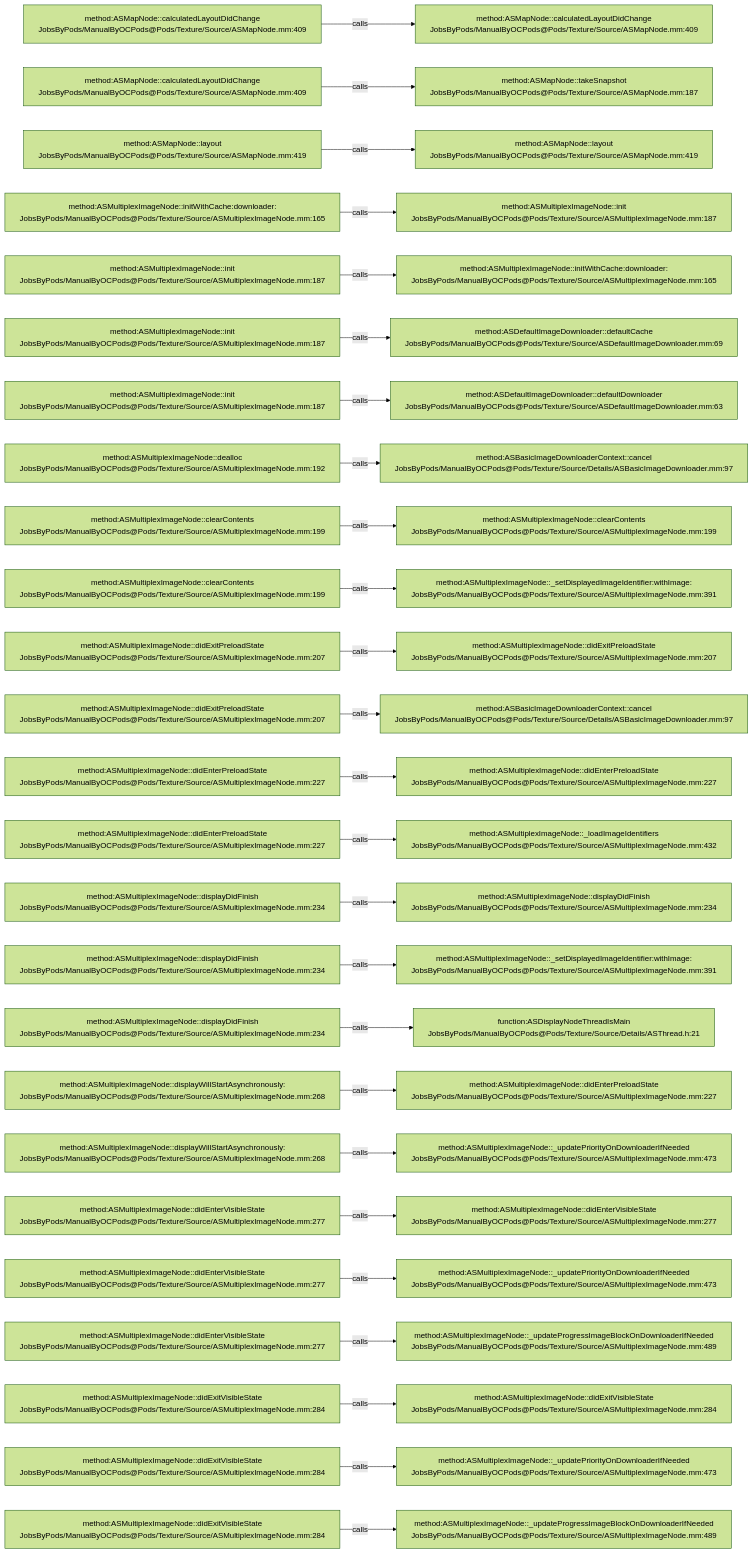
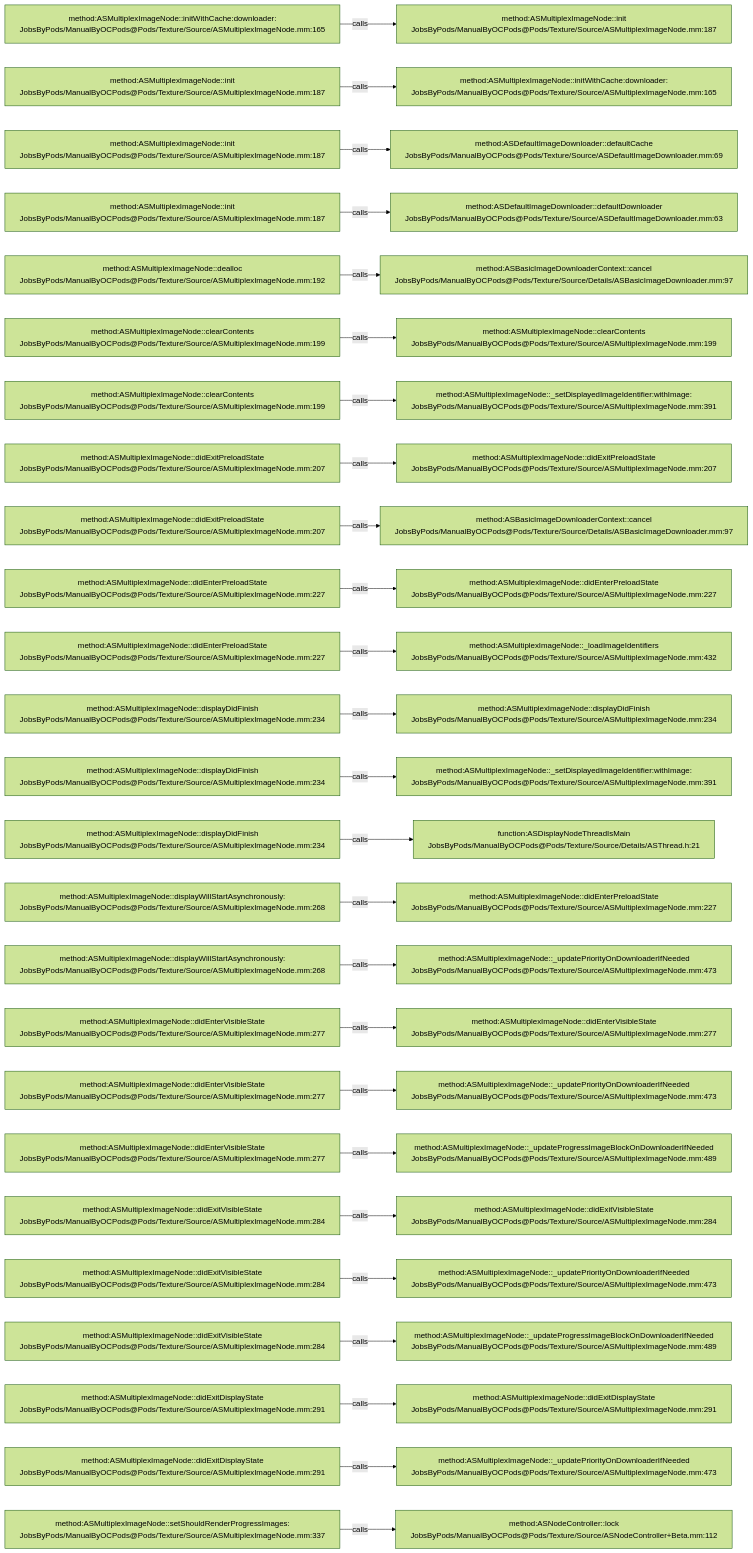
The diagram in .codegraph/codegraph.md/graphs/calls-116.md (JobsKits/JobsOCBaseConfigDemo), drawn with Mermaid (forest theme) before and after one commit. The commit also changed 342 other files, not shown here.

````diff
--- a/.codegraph/codegraph.md/graphs/calls-116.md
+++ b/.codegraph/codegraph.md/graphs/calls-116.md
@@ -13,78 +13,78 @@
 ```mermaid
 flowchart LR
-  S1["method:ASMapNode::calculatedLayoutDidChange<br/>JobsByPods/ManualByOCPods@Pods/Texture/Source/ASMapNode.mm:409"]
-  T1["method:ASMapNode::calculatedLayoutDidChange<br/>JobsByPods/ManualByOCPods@Pods/Texture/Source/ASMapNode.mm:409"]
+  S1["method:ASMultiplexImageNode::initWithCache:downloader:<br/>JobsByPods/ManualByOCPods@Pods/Texture/Source/ASMultiplexImageNode.mm:165"]
+  T1["method:ASMultiplexImageNode::init<br/>JobsByPods/ManualByOCPods@Pods/Texture/Source/ASMultiplexImageNode.mm:187"]
   S1 -->|calls| T1
-  S2["method:ASMapNode::calculatedLayoutDidChange<br/>JobsByPods/ManualByOCPods@Pods/Texture/Source/ASMapNode.mm:409"]
-  T2["method:ASMapNode::takeSnapshot<br/>JobsByPods/ManualByOCPods@Pods/Texture/Source/ASMapNode.mm:187"]
+  S2["method:ASMultiplexImageNode::init<br/>JobsByPods/ManualByOCPods@Pods/Texture/Source/ASMultiplexImageNode.mm:187"]
+  T2["method:ASMultiplexImageNode::initWithCache:downloader:<br/>JobsByPods/ManualByOCPods@Pods/Texture/Source/ASMultiplexImageNode.mm:165"]
   S2 -->|calls| T2
-  S3["method:ASMapNode::layout<br/>JobsByPods/ManualByOCPods@Pods/Texture/Source/ASMapNode.mm:419"]
-  T3["method:ASMapNode::layout<br/>JobsByPods/ManualByOCPods@Pods/Texture/Source/ASMapNode.mm:419"]
+  S3["method:ASMultiplexImageNode::init<br/>JobsByPods/ManualByOCPods@Pods/Texture/Source/ASMultiplexImageNode.mm:187"]
+  T3["method:ASDefaultImageDownloader::defaultCache<br/>JobsByPods/ManualByOCPods@Pods/Texture/Source/ASDefaultImageDownloader.mm:69"]
   S3 -->|calls| T3
-  S4["method:ASMultiplexImageNode::initWithCache:downloader:<br/>JobsByPods/ManualByOCPods@Pods/Texture/Source/ASMultiplexImageNode.mm:165"]
-  T4["method:ASMultiplexImageNode::init<br/>JobsByPods/ManualByOCPods@Pods/Texture/Source/ASMultiplexImageNode.mm:187"]
+  S4["method:ASMultiplexImageNode::init<br/>JobsByPods/ManualByOCPods@Pods/Texture/Source/ASMultiplexImageNode.mm:187"]
+  T4["method:ASDefaultImageDownloader::defaultDownloader<br/>JobsByPods/ManualByOCPods@Pods/Texture/Source/ASDefaultImageDownloader.mm:63"]
   S4 -->|calls| T4
-  S5["method:ASMultiplexImageNode::init<br/>JobsByPods/ManualByOCPods@Pods/Texture/Source/ASMultiplexImageNode.mm:187"]
-  T5["method:ASMultiplexImageNode::initWithCache:downloader:<br/>JobsByPods/ManualByOCPods@Pods/Texture/Source/ASMultiplexImageNode.mm:165"]
+  S5["method:ASMultiplexImageNode::dealloc<br/>JobsByPods/ManualByOCPods@Pods/Texture/Source/ASMultiplexImageNode.mm:192"]
+  T5["method:ASBasicImageDownloaderContext::cancel<br/>JobsByPods/ManualByOCPods@Pods/Texture/Source/Details/ASBasicImageDownloader.mm:97"]
   S5 -->|calls| T5
-  S6["method:ASMultiplexImageNode::init<br/>JobsByPods/ManualByOCPods@Pods/Texture/Source/ASMultiplexImageNode.mm:187"]
-  T6["method:ASDefaultImageDownloader::defaultCache<br/>JobsByPods/ManualByOCPods@Pods/Texture/Source/ASDefaultImageDownloader.mm:69"]
+  S6["method:ASMultiplexImageNode::clearContents<br/>JobsByPods/ManualByOCPods@Pods/Texture/Source/ASMultiplexImageNode.mm:199"]
+  T6["method:ASMultiplexImageNode::clearContents<br/>JobsByPods/ManualByOCPods@Pods/Texture/Source/ASMultiplexImageNode.mm:199"]
   S6 -->|calls| T6
-  S7["method:ASMultiplexImageNode::init<br/>JobsByPods/ManualByOCPods@Pods/Texture/Source/ASMultiplexImageNode.mm:187"]
-  T7["method:ASDefaultImageDownloader::defaultDownloader<br/>JobsByPods/ManualByOCPods@Pods/Texture/Source/ASDefaultImageDownloader.mm:63"]
+  S7["method:ASMultiplexImageNode::clearContents<br/>JobsByPods/ManualByOCPods@Pods/Texture/Source/ASMultiplexImageNode.mm:199"]
+  T7["method:ASMultiplexImageNode::_setDisplayedImageIdentifier:withImage:<br/>JobsByPods/ManualByOCPods@Pods/Texture/Source/ASMultiplexImageNode.mm:391"]
   S7 -->|calls| T7
-  S8["method:ASMultiplexImageNode::dealloc<br/>JobsByPods/ManualByOCPods@Pods/Texture/Source/ASMultiplexImageNode.mm:192"]
-  T8["method:ASBasicImageDownloaderContext::cancel<br/>JobsByPods/ManualByOCPods@Pods/Texture/Source/Details/ASBasicImageDownloader.mm:97"]
+  S8["method:ASMultiplexImageNode::didExitPreloadState<br/>JobsByPods/ManualByOCPods@Pods/Texture/Source/ASMultiplexImageNode.mm:207"]
+  T8["method:ASMultiplexImageNode::didExitPreloadState<br/>JobsByPods/ManualByOCPods@Pods/Texture/Source/ASMultiplexImageNode.mm:207"]
   S8 -->|calls| T8
-  S9["method:ASMultiplexImageNode::clearContents<br/>JobsByPods/ManualByOCPods@Pods/Texture/Source/ASMultiplexImageNode.mm:199"]
-  T9["method:ASMultiplexImageNode::clearContents<br/>JobsByPods/ManualByOCPods@Pods/Texture/Source/ASMultiplexImageNode.mm:199"]
+  S9["method:ASMultiplexImageNode::didExitPreloadState<br/>JobsByPods/ManualByOCPods@Pods/Texture/Source/ASMultiplexImageNode.mm:207"]
+  T9["method:ASBasicImageDownloaderContext::cancel<br/>JobsByPods/ManualByOCPods@Pods/Texture/Source/Details/ASBasicImageDownloader.mm:97"]
   S9 -->|calls| T9
-  S10["method:ASMultiplexImageNode::clearContents<br/>JobsByPods/ManualByOCPods@Pods/Texture/Source/ASMultiplexImageNode.mm:199"]
-  T10["method:ASMultiplexImageNode::_setDisplayedImageIdentifier:withImage:<br/>JobsByPods/ManualByOCPods@Pods/Texture/Source/ASMultiplexImageNode.mm:391"]
+  S10["method:ASMultiplexImageNode::didEnterPreloadState<br/>JobsByPods/ManualByOCPods@Pods/Texture/Source/ASMultiplexImageNode.mm:227"]
+  T10["method:ASMultiplexImageNode::didEnterPreloadState<br/>JobsByPods/ManualByOCPods@Pods/Texture/Source/ASMultiplexImageNode.mm:227"]
   S10 -->|calls| T10
-  S11["method:ASMultiplexImageNode::didExitPreloadState<br/>JobsByPods/ManualByOCPods@Pods/Texture/Source/ASMultiplexImageNode.mm:207"]
-  T11["method:ASMultiplexImageNode::didExitPreloadState<br/>JobsByPods/ManualByOCPods@Pods/Texture/Source/ASMultiplexImageNode.mm:207"]
+  S11["method:ASMultiplexImageNode::didEnterPreloadState<br/>JobsByPods/ManualByOCPods@Pods/Texture/Source/ASMultiplexImageNode.mm:227"]
+  T11["method:ASMultiplexImageNode::_loadImageIdentifiers<br/>JobsByPods/ManualByOCPods@Pods/Texture/Source/ASMultiplexImageNode.mm:432"]
   S11 -->|calls| T11
-  S12["method:ASMultiplexImageNode::didExitPreloadState<br/>JobsByPods/ManualByOCPods@Pods/Texture/Source/ASMultiplexImageNode.mm:207"]
-  T12["method:ASBasicImageDownloaderContext::cancel<br/>JobsByPods/ManualByOCPods@Pods/Texture/Source/Details/ASBasicImageDownloader.mm:97"]
+  S12["method:ASMultiplexImageNode::displayDidFinish<br/>JobsByPods/ManualByOCPods@Pods/Texture/Source/ASMultiplexImageNode.mm:234"]
+  T12["method:ASMultiplexImageNode::displayDidFinish<br/>JobsByPods/ManualByOCPods@Pods/Texture/Source/ASMultiplexImageNode.mm:234"]
   S12 -->|calls| T12
-  S13["method:ASMultiplexImageNode::didEnterPreloadState<br/>JobsByPods/ManualByOCPods@Pods/Texture/Source/ASMultiplexImageNode.mm:227"]
-  T13["method:ASMultiplexImageNode::didEnterPreloadState<br/>JobsByPods/ManualByOCPods@Pods/Texture/Source/ASMultiplexImageNode.mm:227"]
+  S13["method:ASMultiplexImageNode::displayDidFinish<br/>JobsByPods/ManualByOCPods@Pods/Texture/Source/ASMultiplexImageNode.mm:234"]
+  T13["method:ASMultiplexImageNode::_setDisplayedImageIdentifier:withImage:<br/>JobsByPods/ManualByOCPods@Pods/Texture/Source/ASMultiplexImageNode.mm:391"]
   S13 -->|calls| T13
-  S14["method:ASMultiplexImageNode::didEnterPreloadState<br/>JobsByPods/ManualByOCPods@Pods/Texture/Source/ASMultiplexImageNode.mm:227"]
-  T14["method:ASMultiplexImageNode::_loadImageIdentifiers<br/>JobsByPods/ManualByOCPods@Pods/Texture/Source/ASMultiplexImageNode.mm:432"]
+  S14["method:ASMultiplexImageNode::displayDidFinish<br/>JobsByPods/ManualByOCPods@Pods/Texture/Source/ASMultiplexImageNode.mm:234"]
+  T14["function:ASDisplayNodeThreadIsMain<br/>JobsByPods/ManualByOCPods@Pods/Texture/Source/Details/ASThread.h:21"]
   S14 -->|calls| T14
-  S15["method:ASMultiplexImageNode::displayDidFinish<br/>JobsByPods/ManualByOCPods@Pods/Texture/Source/ASMultiplexImageNode.mm:234"]
-  T15["method:ASMultiplexImageNode::displayDidFinish<br/>JobsByPods/ManualByOCPods@Pods/Texture/Source/ASMultiplexImageNode.mm:234"]
+  S15["method:ASMultiplexImageNode::displayWillStartAsynchronously:<br/>JobsByPods/ManualByOCPods@Pods/Texture/Source/ASMultiplexImageNode.mm:268"]
+  T15["method:ASMultiplexImageNode::didEnterPreloadState<br/>JobsByPods/ManualByOCPods@Pods/Texture/Source/ASMultiplexImageNode.mm:227"]
   S15 -->|calls| T15
-  S16["method:ASMultiplexImageNode::displayDidFinish<br/>JobsByPods/ManualByOCPods@Pods/Texture/Source/ASMultiplexImageNode.mm:234"]
-  T16["method:ASMultiplexImageNode::_setDisplayedImageIdentifier:withImage:<br/>JobsByPods/ManualByOCPods@Pods/Texture/Source/ASMultiplexImageNode.mm:391"]
+  S16["method:ASMultiplexImageNode::displayWillStartAsynchronously:<br/>JobsByPods/ManualByOCPods@Pods/Texture/Source/ASMultiplexImageNode.mm:268"]
+  T16["method:ASMultiplexImageNode::_updatePriorityOnDownloaderIfNeeded<br/>JobsByPods/ManualByOCPods@Pods/Texture/Source/ASMultiplexImageNode.mm:473"]
   S16 -->|calls| T16
-  S17["method:ASMultiplexImageNode::displayDidFinish<br/>JobsByPods/ManualByOCPods@Pods/Texture/Source/ASMultiplexImageNode.mm:234"]
-  T17["function:ASDisplayNodeThreadIsMain<br/>JobsByPods/ManualByOCPods@Pods/Texture/Source/Details/ASThread.h:21"]
+  S17["method:ASMultiplexImageNode::didEnterVisibleState<br/>JobsByPods/ManualByOCPods@Pods/Texture/Source/ASMultiplexImageNode.mm:277"]
+  T17["method:ASMultiplexImageNode::didEnterVisibleState<br/>JobsByPods/ManualByOCPods@Pods/Texture/Source/ASMultiplexImageNode.mm:277"]
   S17 -->|calls| T17
-  S18["method:ASMultiplexImageNode::displayWillStartAsynchronously:<br/>JobsByPods/ManualByOCPods@Pods/Texture/Source/ASMultiplexImageNode.mm:268"]
-  T18["method:ASMultiplexImageNode::didEnterPreloadState<br/>JobsByPods/ManualByOCPods@Pods/Texture/Source/ASMultiplexImageNode.mm:227"]
+  S18["method:ASMultiplexImageNode::didEnterVisibleState<br/>JobsByPods/ManualByOCPods@Pods/Texture/Source/ASMultiplexImageNode.mm:277"]
+  T18["method:ASMultiplexImageNode::_updatePriorityOnDownloaderIfNeeded<br/>JobsByPods/ManualByOCPods@Pods/Texture/Source/ASMultiplexImageNode.mm:473"]
   S18 -->|calls| T18
-  S19["method:ASMultiplexImageNode::displayWillStartAsynchronously:<br/>JobsByPods/ManualByOCPods@Pods/Texture/Source/ASMultiplexImageNode.mm:268"]
-  T19["method:ASMultiplexImageNode::_updatePriorityOnDownloaderIfNeeded<br/>JobsByPods/ManualByOCPods@Pods/Texture/Source/ASMultiplexImageNode.mm:473"]
+  S19["method:ASMultiplexImageNode::didEnterVisibleState<br/>JobsByPods/ManualByOCPods@Pods/Texture/Source/ASMultiplexImageNode.mm:277"]
+  T19["method:ASMultiplexImageNode::_updateProgressImageBlockOnDownloaderIfNeeded<br/>JobsByPods/ManualByOCPods@Pods/Texture/Source/ASMultiplexImageNode.mm:489"]
   S19 -->|calls| T19
-  S20["method:ASMultiplexImageNode::didEnterVisibleState<br/>JobsByPods/ManualByOCPods@Pods/Texture/Source/ASMultiplexImageNode.mm:277"]
-  T20["method:ASMultiplexImageNode::didEnterVisibleState<br/>JobsByPods/ManualByOCPods@Pods/Texture/Source/ASMultiplexImageNode.mm:277"]
+  S20["method:ASMultiplexImageNode::didExitVisibleState<br/>JobsByPods/ManualByOCPods@Pods/Texture/Source/ASMultiplexImageNode.mm:284"]
+  T20["method:ASMultiplexImageNode::didExitVisibleState<br/>JobsByPods/ManualByOCPods@Pods/Texture/Source/ASMultiplexImageNode.mm:284"]
   S20 -->|calls| T20
-  S21["method:ASMultiplexImageNode::didEnterVisibleState<br/>JobsByPods/ManualByOCPods@Pods/Texture/Source/ASMultiplexImageNode.mm:277"]
+  S21["method:ASMultiplexImageNode::didExitVisibleState<br/>JobsByPods/ManualByOCPods@Pods/Texture/Source/ASMultiplexImageNode.mm:284"]
   T21["method:ASMultiplexImageNode::_updatePriorityOnDownloaderIfNeeded<br/>JobsByPods/ManualByOCPods@Pods/Texture/Source/ASMultiplexImageNode.mm:473"]
   S21 -->|calls| T21
-  S22["method:ASMultiplexImageNode::didEnterVisibleState<br/>JobsByPods/ManualByOCPods@Pods/Texture/Source/ASMultiplexImageNode.mm:277"]
+  S22["method:ASMultiplexImageNode::didExitVisibleState<br/>JobsByPods/ManualByOCPods@Pods/Texture/Source/ASMultiplexImageNode.mm:284"]
   T22["method:ASMultiplexImageNode::_updateProgressImageBlockOnDownloaderIfNeeded<br/>JobsByPods/ManualByOCPods@Pods/Texture/Source/ASMultiplexImageNode.mm:489"]
   S22 -->|calls| T22
-  S23["method:ASMultiplexImageNode::didExitVisibleState<br/>JobsByPods/ManualByOCPods@Pods/Texture/Source/ASMultiplexImageNode.mm:284"]
-  T23["method:ASMultiplexImageNode::didExitVisibleState<br/>JobsByPods/ManualByOCPods@Pods/Texture/Source/ASMultiplexImageNode.mm:284"]
+  S23["method:ASMultiplexImageNode::didExitDisplayState<br/>JobsByPods/ManualByOCPods@Pods/Texture/Source/ASMultiplexImageNode.mm:291"]
+  T23["method:ASMultiplexImageNode::didExitDisplayState<br/>JobsByPods/ManualByOCPods@Pods/Texture/Source/ASMultiplexImageNode.mm:291"]
   S23 -->|calls| T23
-  S24["method:ASMultiplexImageNode::didExitVisibleState<br/>JobsByPods/ManualByOCPods@Pods/Texture/Source/ASMultiplexImageNode.mm:284"]
+  S24["method:ASMultiplexImageNode::didExitDisplayState<br/>JobsByPods/ManualByOCPods@Pods/Texture/Source/ASMultiplexImageNode.mm:291"]
   T24["method:ASMultiplexImageNode::_updatePriorityOnDownloaderIfNeeded<br/>JobsByPods/ManualByOCPods@Pods/Texture/Source/ASMultiplexImageNode.mm:473"]
   S24 -->|calls| T24
-  S25["method:ASMultiplexImageNode::didExitVisibleState<br/>JobsByPods/ManualByOCPods@Pods/Texture/Source/ASMultiplexImageNode.mm:284"]
-  T25["method:ASMultiplexImageNode::_updateProgressImageBlockOnDownloaderIfNeeded<br/>JobsByPods/ManualByOCPods@Pods/Texture/Source/ASMultiplexImageNode.mm:489"]
+  S25["method:ASMultiplexImageNode::setShouldRenderProgressImages:<br/>JobsByPods/ManualByOCPods@Pods/Texture/Source/ASMultiplexImageNode.mm:337"]
+  T25["method:ASNodeController::lock<br/>JobsByPods/ManualByOCPods@Pods/Texture/Source/ASNodeController+Beta.mm:112"]
   S25 -->|calls| T25
 ```
````
